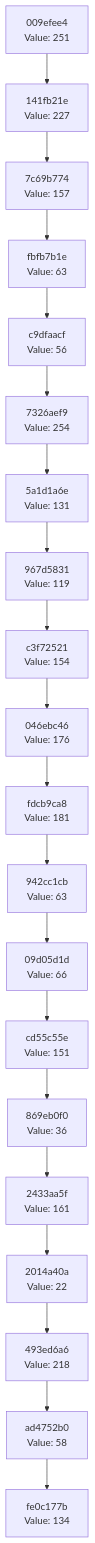
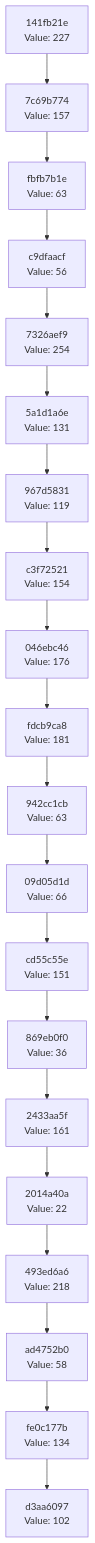
Before and after one commit to Abhisheksinha1506/hash-chain-evolver: the diagram in docs/CHAIN_VISUALIZATION.md, drawn with Mermaid. The commit also changed 2 other files, not shown here.

Commit message:
Evolution Step

````diff
--- a/docs/CHAIN_VISUALIZATION.md
+++ b/docs/CHAIN_VISUALIZATION.md
@@ -3,42 +3,42 @@
 ```mermaid
 graph TD
-    C0["fe0c177b<br/>Value: 134"]
-    C1["ad4752b0<br/>Value: 58"]
+    C0["d3aa6097<br/>Value: 102"]
+    C1["fe0c177b<br/>Value: 134"]
     C1 --> C0
-    C2["493ed6a6<br/>Value: 218"]
+    C2["ad4752b0<br/>Value: 58"]
     C2 --> C1
-    C3["2014a40a<br/>Value: 22"]
+    C3["493ed6a6<br/>Value: 218"]
     C3 --> C2
-    C4["2433aa5f<br/>Value: 161"]
+    C4["2014a40a<br/>Value: 22"]
     C4 --> C3
-    C5["869eb0f0<br/>Value: 36"]
+    C5["2433aa5f<br/>Value: 161"]
     C5 --> C4
-    C6["cd55c55e<br/>Value: 151"]
+    C6["869eb0f0<br/>Value: 36"]
     C6 --> C5
-    C7["09d05d1d<br/>Value: 66"]
+    C7["cd55c55e<br/>Value: 151"]
     C7 --> C6
-    C8["942cc1cb<br/>Value: 63"]
+    C8["09d05d1d<br/>Value: 66"]
     C8 --> C7
-    C9["fdcb9ca8<br/>Value: 181"]
+    C9["942cc1cb<br/>Value: 63"]
     C9 --> C8
-    C10["046ebc46<br/>Value: 176"]
+    C10["fdcb9ca8<br/>Value: 181"]
     C10 --> C9
-    C11["c3f72521<br/>Value: 154"]
+    C11["046ebc46<br/>Value: 176"]
     C11 --> C10
-    C12["967d5831<br/>Value: 119"]
+    C12["c3f72521<br/>Value: 154"]
     C12 --> C11
-    C13["5a1d1a6e<br/>Value: 131"]
+    C13["967d5831<br/>Value: 119"]
     C13 --> C12
-    C14["7326aef9<br/>Value: 254"]
+    C14["5a1d1a6e<br/>Value: 131"]
     C14 --> C13
-    C15["c9dfaacf<br/>Value: 56"]
+    C15["7326aef9<br/>Value: 254"]
     C15 --> C14
-    C16["fbfb7b1e<br/>Value: 63"]
+    C16["c9dfaacf<br/>Value: 56"]
     C16 --> C15
-    C17["7c69b774<br/>Value: 157"]
+    C17["fbfb7b1e<br/>Value: 63"]
     C17 --> C16
-    C18["141fb21e<br/>Value: 227"]
+    C18["7c69b774<br/>Value: 157"]
     C18 --> C17
-    C19["009efee4<br/>Value: 251"]
+    C19["141fb21e<br/>Value: 227"]
     C19 --> C18
 ```
````
